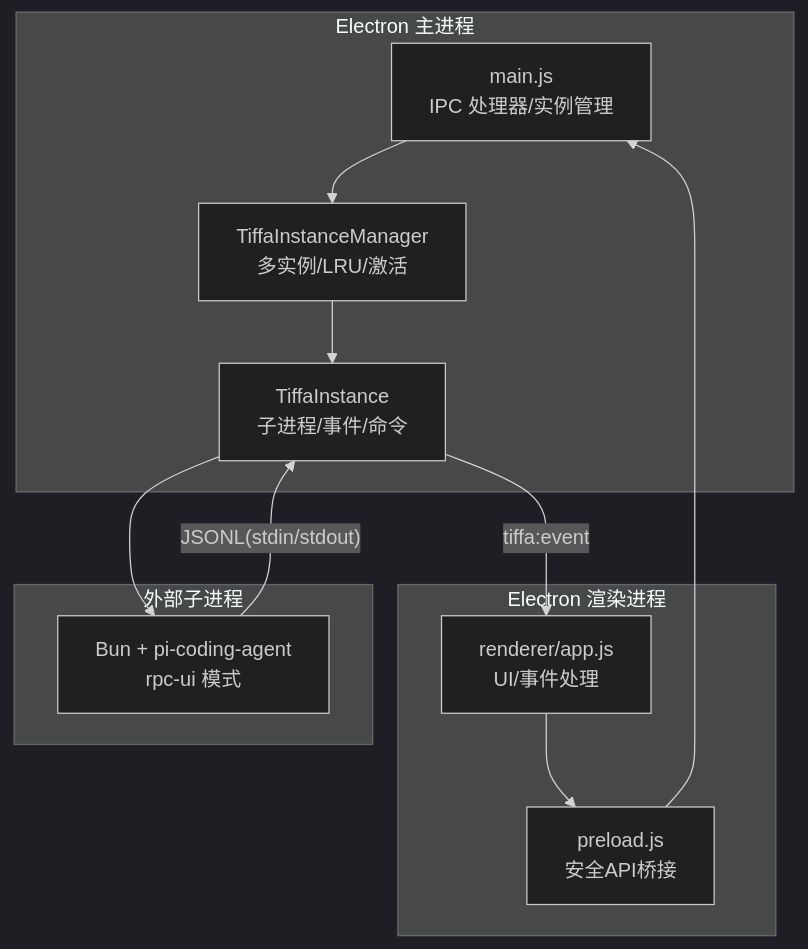
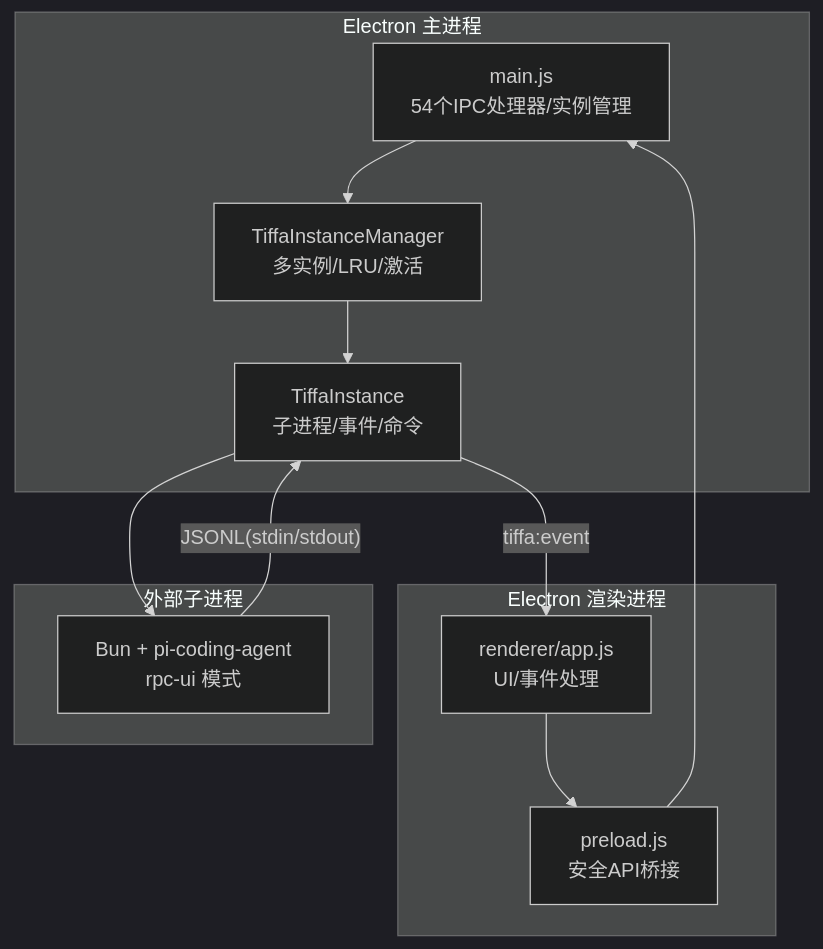
The first of 3 diagrams in .qoder/repowiki/zh/content/API参考/IPC接口文档.md (swond-Mao/Tiffa), drawn with Mermaid (dark theme) before and after one commit. The commit also changed other lines of this file and 22 other files, not shown here.

````diff
--- a/.qoder/repowiki/zh/content/API参考/IPC接口文档.md
+++ b/.qoder/repowiki/zh/content/API参考/IPC接口文档.md
@@ -31,22 +39,22 @@
 ```mermaid
 graph TB
 subgraph "Electron 主进程"
-MAIN["main.js<br/>IPC 处理器/实例管理"]
+MAIN["main.js<br/>54个IPC处理器/实例管理"]
 MANAGER["TiffaInstanceManager<br/>多实例/LRU/激活"]
 INSTANCE["TiffaInstance<br/>子进程/事件/命令"]
 end
 subgraph "Electron 渲染进程"
 RENDERER["renderer/app.js<br/>UI/事件处理"]
 PRELOAD["preload.js<br/>安全API桥接"]
 end
 subgraph "外部子进程"
 TIFFA_CLI["Bun + pi-coding-agent<br/>rpc-ui 模式"]
 end
 RENDERER --> PRELOAD
 PRELOAD --> MAIN
 MAIN --> MANAGER
 MANAGER --> INSTANCE
 INSTANCE --> TIFFA_CLI
 TIFFA_CLI --"JSONL(stdin/stdout)" --> INSTANCE
 INSTANCE --"tiffa:event" --> RENDERER
 ```
````
